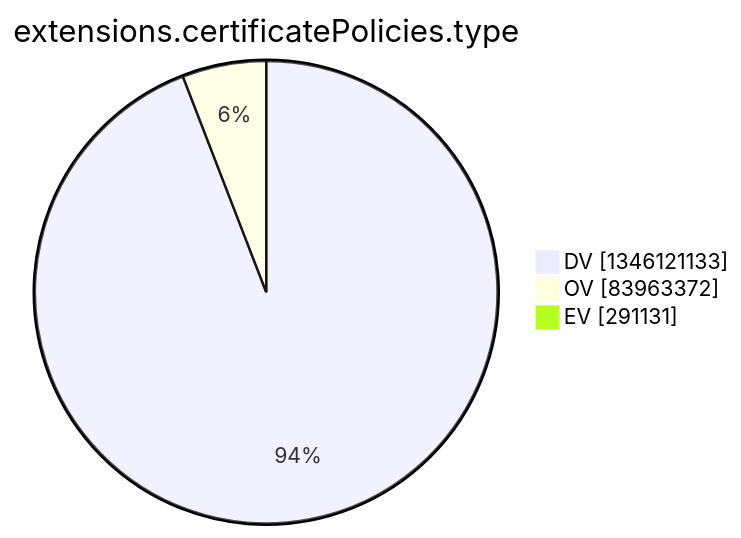
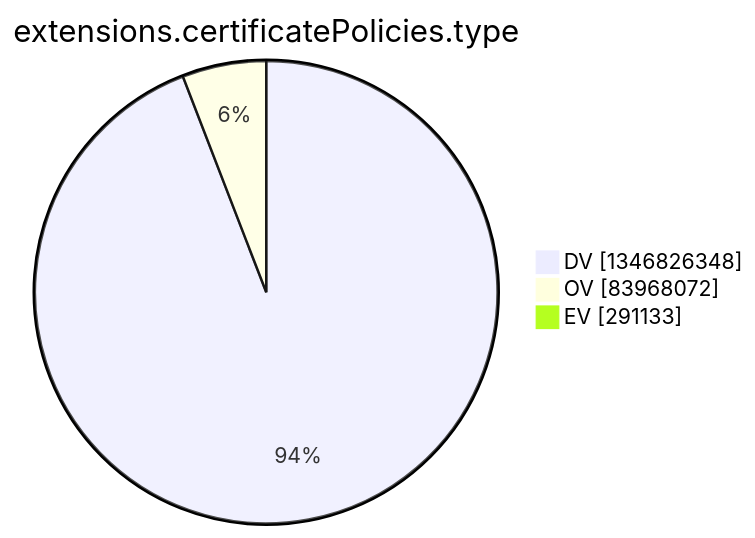
One commit to christiankrug/ctmonitor_visualization changed the tenth of 15 diagrams in argon2022/README.md. Above: the diagram before and after it, drawn with Mermaid. The commit also changed other lines of this file, not shown here.

````diff
--- a/argon2022/README.md
+++ b/argon2022/README.md
@@ -2773,7 +2773,7 @@
 ```mermaid
 pie showData
 title extensions.certificatePolicies.type
-"DV" :1346121133
-"OV" :83963372
-"EV" :291131
+"DV" :1346826348
+"OV" :83968072
+"EV" :291133
 ```
````
